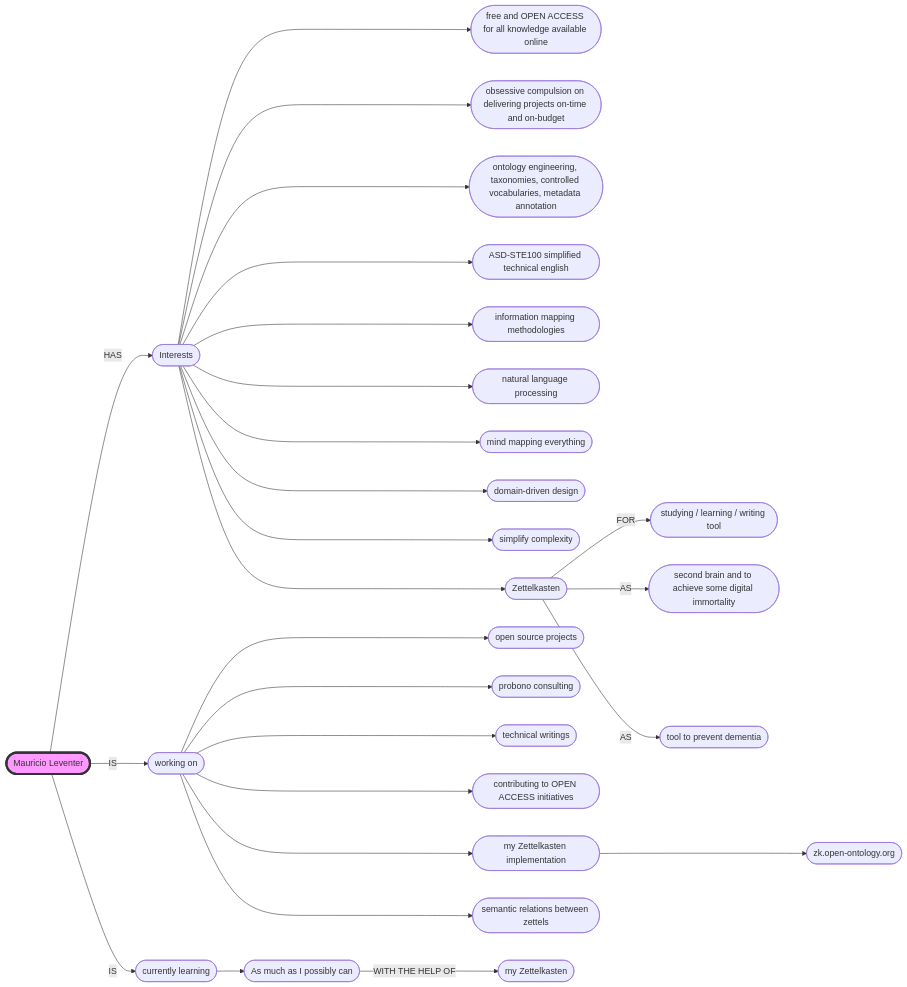
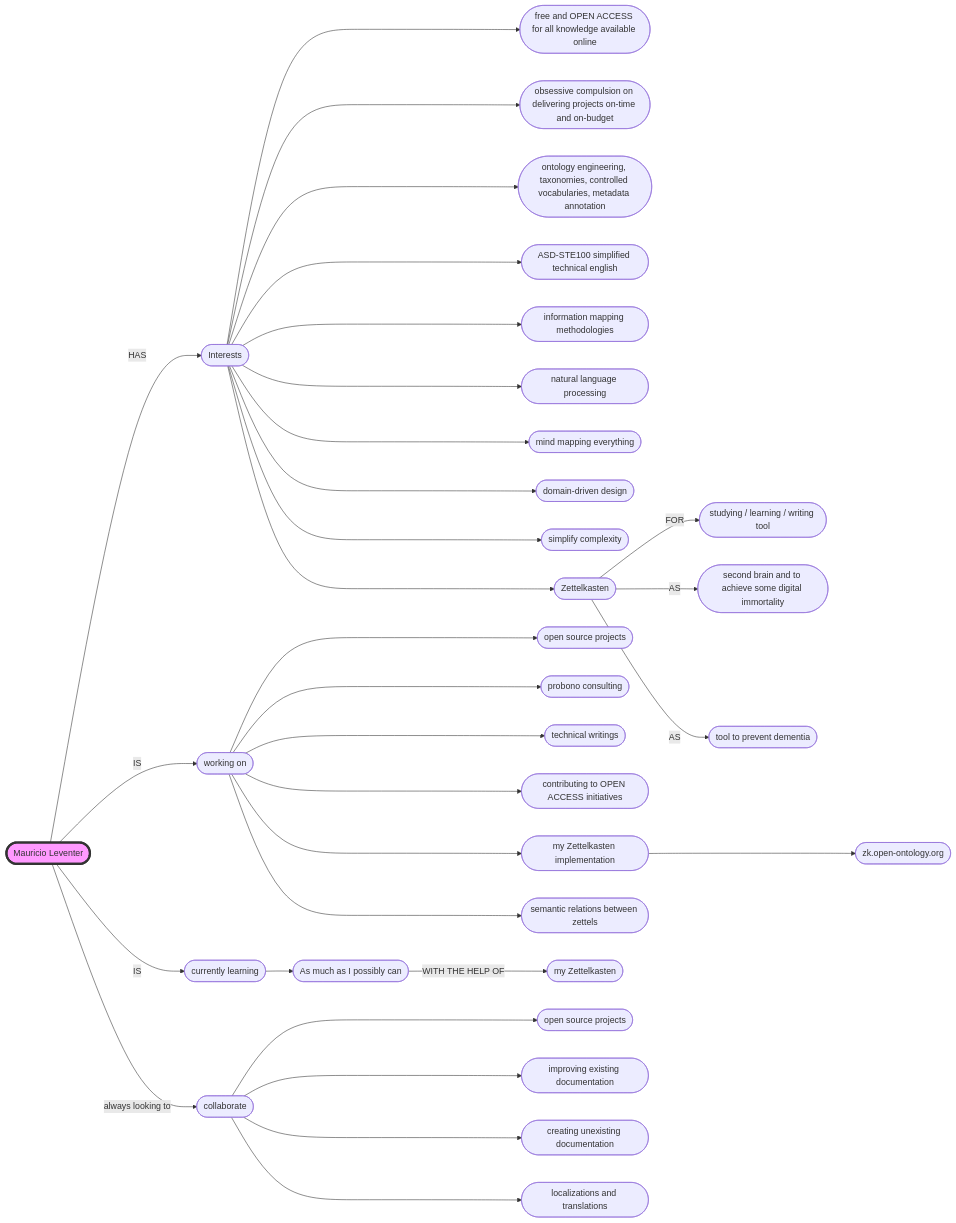
Before and after one commit to mleventer/mleventer: the diagram in README.md, drawn with Mermaid.

````diff
--- a/README.md
+++ b/README.md
@@ -4,29 +4,34 @@
 ```mermaid
 flowchart LR
     A([Mauricio Leventer]) -->|HAS| B([Interests])
     B ---> I1([free and OPEN ACCESS for all knowledge available online])
     B ---> I2([obsessive compulsion on delivering projects on-time and on-budget])
     B ---> I3([ontology engineering, taxonomies, controlled vocabularies, metadata annotation])
     B ---> I4([ASD-STE100 simplified technical english])
     B ---> I5([information mapping methodologies])
     B ---> I6([natural language processing])
     B ---> I7([mind mapping everything]) 
     B ---> I8([domain-driven design]) 
     B ---> I9([simplify complexity]) 
     B ---> J([Zettelkasten])
     J -->|FOR| J1([studying / learning / writing tool]) 
     J -->|AS| J2([second brain and to achieve some digital immortality]) 
     J -->|AS| J3([tool to prevent dementia])
     A -->|IS| C([working on])
     C ---> C1([open source projects])
     C ---> C2([probono consulting])
     C ---> C3([technical writings])
     C ---> C4([contributing to OPEN ACCESS initiatives])
     C ---> H([my Zettelkasten implementation])
     H ---> H1([zk.open-ontology.org])
     C ---> H2([semantic relations between zettels])
     A -->|IS| D([currently learning])
     D --> D1([As much as I possibly can])
     D1 -->|WITH THE HELP OF| D2([my Zettelkasten])
+    A -->|always looking to|E([collaborate])
+    E ---> E1([open source projects])
+    E ---> E2([improving existing documentation])
+    E ---> E3([creating unexisting documentation])
+    E ---> E4([localizations and translations])
     style A fill:#f9f,stroke:#333,stroke-width:4px
 ```
````
